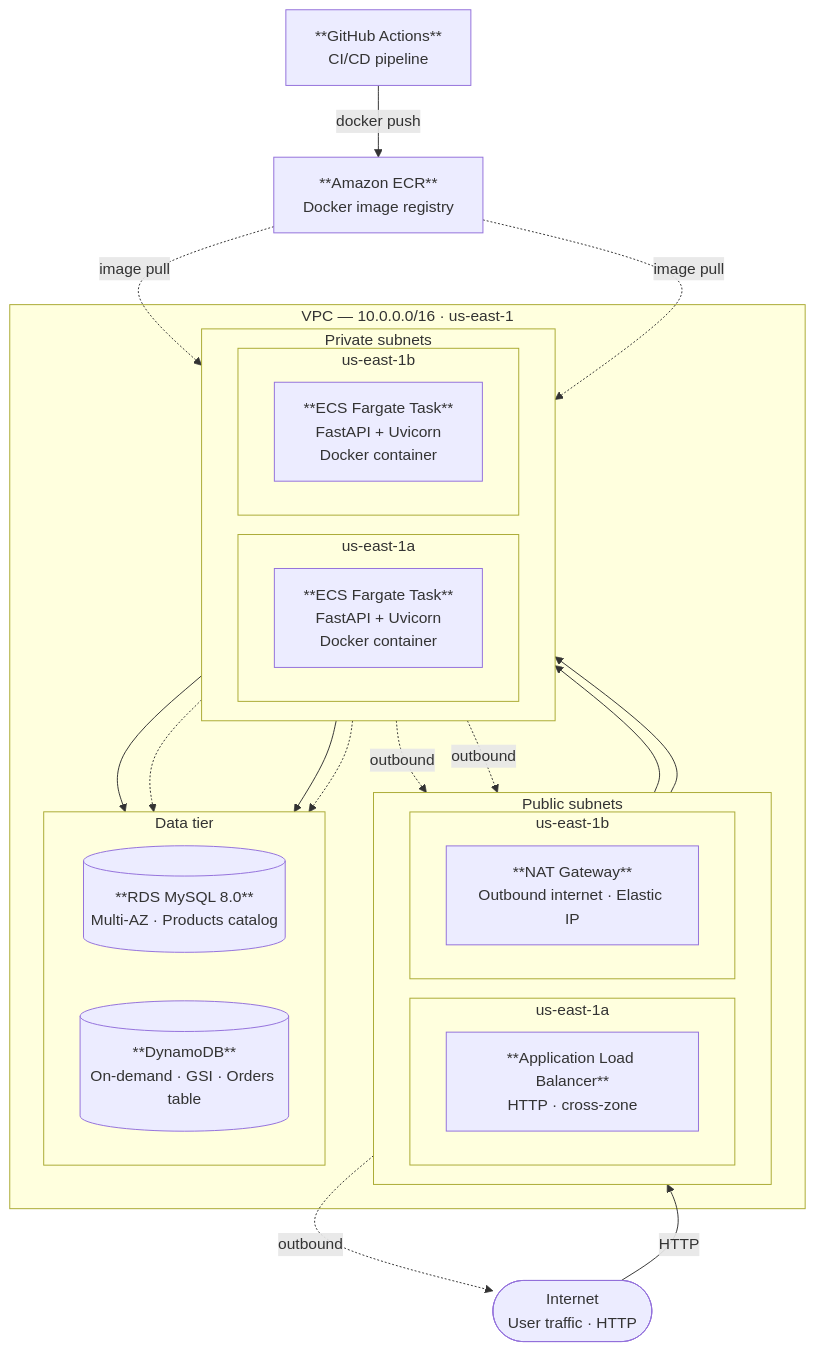
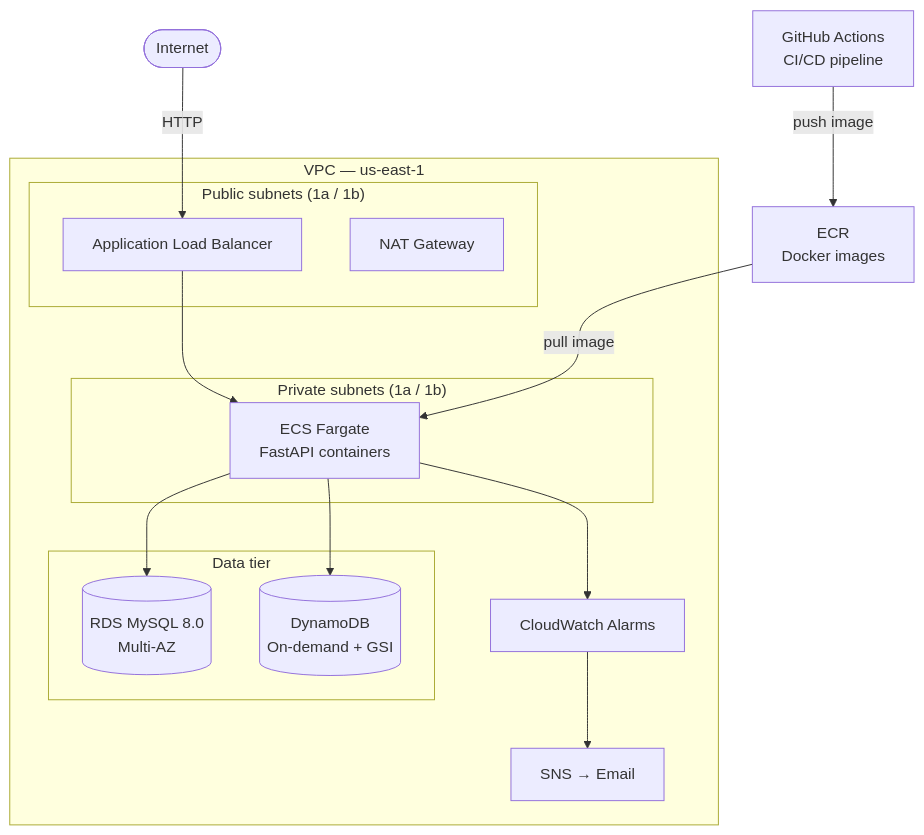
One commit to qw486759/aws-ecommerce-platform changed the first of 2 diagrams in README.md. Above: the diagram before and after it, drawn with Mermaid. The commit also changed other lines of this file, not shown here.

````diff
--- a/README.md
+++ b/README.md
@@ -17,51 +9,35 @@
 ```mermaid
-flowchart TD
-    Internet(["Internet\nUser traffic · HTTP"])
+graph TD
+    Internet(["Internet"])
 
-    subgraph VPC["VPC — 10.0.0.0/16 · us-east-1"]
-
-        subgraph PUB["Public subnets"]
-            direction LR
-            subgraph PUB_A["us-east-1a"]
-                ALB["**Application Load Balancer**\nHTTP · cross-zone"]
-            end
-            subgraph PUB_B["us-east-1b"]
-                NAT["**NAT Gateway**\nOutbound internet · Elastic IP"]
-            end
+    subgraph VPC["VPC — us-east-1"]
+        subgraph PUB["Public subnets (1a / 1b)"]
+            ALB["Application Load Balancer"]
+            NAT["NAT Gateway"]
         end
 
-        subgraph PRIV["Private subnets"]
-            direction LR
-            subgraph PRIV_A["us-east-1a"]
-                FARGATE_A["**ECS Fargate Task**\nFastAPI + Uvicorn\nDocker container"]
-            end
-            subgraph PRIV_B["us-east-1b"]
-                FARGATE_B["**ECS Fargate Task**\nFastAPI + Uvicorn\nDocker container"]
-            end
+        subgraph PRIV["Private subnets (1a / 1b)"]
+            ECS["ECS Fargate\nFastAPI containers"]
         end
 
         subgraph DATA["Data tier"]
-            direction LR
-            RDS[("**RDS MySQL 8.0**\nMulti-AZ · Products catalog")]
-            DDB[("**DynamoDB**\nOn-demand · GSI · Orders table")]
+            RDS[("RDS MySQL 8.0\nMulti-AZ")]
+            DDB[("DynamoDB\nOn-demand + GSI")]
         end
 
+        CW["CloudWatch Alarms"]
+        SNS["SNS → Email"]
     end
 
-    ECR["**Amazon ECR**\nDocker image registry"]
-    GHA["**GitHub Actions**\nCI/CD pipeline"]
+    ECR["ECR\nDocker images"]
+    GHA["GitHub Actions\nCI/CD pipeline"]
 
-    GHA -->|"docker push"| ECR
-    ECR -.->|"image pull"| FARGATE_A
-    ECR -.->|"image pull"| FARGATE_B
-    Internet -->|"HTTP"| ALB
-    ALB --> FARGATE_A
-    ALB --> FARGATE_B
-    FARGATE_A --> RDS
-    FARGATE_A -.-> DDB
-    FARGATE_B --> DDB
-    FARGATE_B -.-> RDS
-    FARGATE_A -.->|"outbound"| NAT
-    FARGATE_B -.->|"outbound"| NAT
-    NAT -.->|"outbound"| Internet
+    Internet -->|HTTP| ALB
+    ALB --> ECS
+    ECS --> RDS
+    ECS --> DDB
+    ECS --> CW
+    CW --> SNS
+    ECR -->|pull image| ECS
+    GHA -->|push image| ECR
 ```
````
